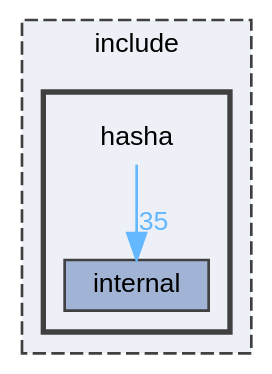
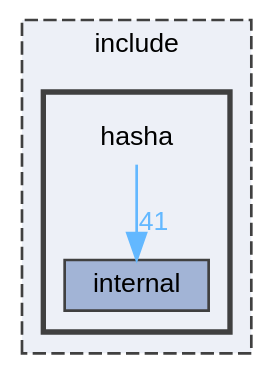
One commit to reslaid32/hasha changed the diagram in docs/dir_a4a1bd6a6f47eff74681f752ad8bc128_dep.dot. Above: the diagram before and after it, drawn with Graphviz. The commit also changed 226 other files, not shown here.

```diff
--- a/docs/dir_a4a1bd6a6f47eff74681f752ad8bc128_dep.dot
+++ b/docs/dir_a4a1bd6a6f47eff74681f752ad8bc128_dep.dot
@@ -1,17 +1,17 @@
 digraph "include/hasha"
 {
  // LATEX_PDF_SIZE
   bgcolor="transparent";
   edge [fontname=Helvetica,fontsize=10,labelfontname=Helvetica,labelfontsize=10];
   node [fontname=Helvetica,fontsize=10,shape=box,height=0.2,width=0.4];
   compound=true
   subgraph clusterdir_d44c64559bbebec7f509842c48db8b23 {
     graph [ bgcolor="#edf0f7", pencolor="grey25", label="include", fontname=Helvetica,fontsize=10 style="filled,dashed", URL="dir_d44c64559bbebec7f509842c48db8b23.html",tooltip=""]
   subgraph clusterdir_a4a1bd6a6f47eff74681f752ad8bc128 {
     graph [ bgcolor="#edf0f7", pencolor="grey25", label="", fontname=Helvetica,fontsize=10 style="filled,bold", URL="dir_a4a1bd6a6f47eff74681f752ad8bc128.html",tooltip=""]
     dir_a4a1bd6a6f47eff74681f752ad8bc128 [shape=plaintext, label="hasha"];
   dir_85f9138f07c20f37adf55a1b4ce19dcc [label="internal", fillcolor="#a2b4d6", color="grey25", style="filled", URL="dir_85f9138f07c20f37adf55a1b4ce19dcc.html",tooltip=""];
   }
   }
-  dir_a4a1bd6a6f47eff74681f752ad8bc128->dir_85f9138f07c20f37adf55a1b4ce19dcc [headlabel="35", labeldistance=1.5 headhref="dir_000000_000002.html" href="dir_000000_000002.html" color="steelblue1" fontcolor="steelblue1"];
+  dir_a4a1bd6a6f47eff74681f752ad8bc128->dir_85f9138f07c20f37adf55a1b4ce19dcc [headlabel="41", labeldistance=1.5 headhref="dir_000000_000002.html" href="dir_000000_000002.html" color="steelblue1" fontcolor="steelblue1"];
 }
```
